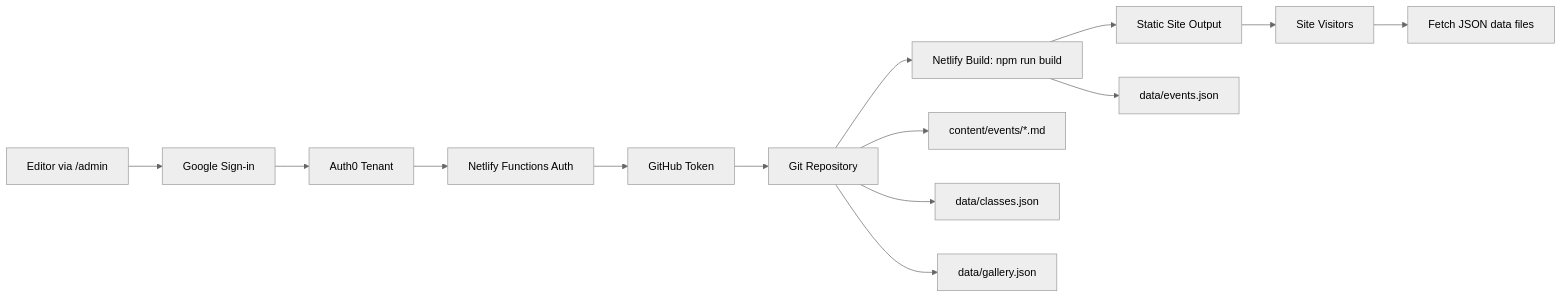
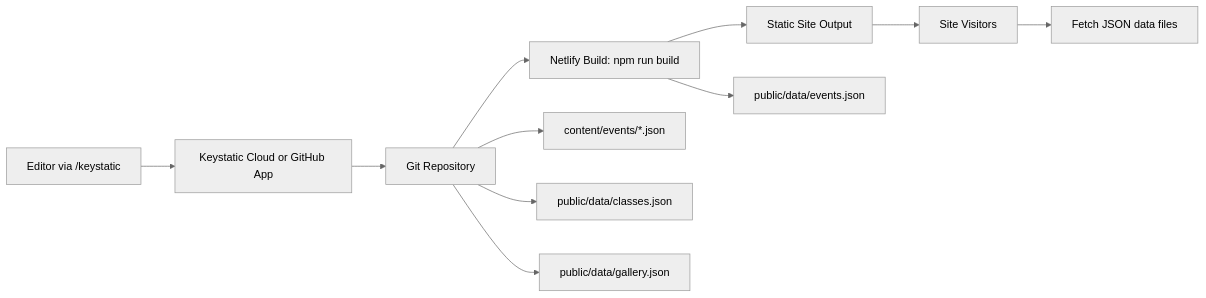
Before and after one commit to seattle-tabla-institute/seattletablainstitutenetlify.org: the diagram in README.md, drawn with Mermaid (neutral theme). The commit also changed other lines of this file and 35 other files, not shown here.

Commit message:
Add Keystatic CMS and migrate content

````diff
--- a/README.md
+++ b/README.md
@@ -19,17 +18,14 @@
 ```mermaid
 flowchart LR
-  Editor[Editor via /admin] --> Google[Google Sign-in]
-  Google --> Auth0[Auth0 Tenant]
-  Auth0 --> Functions[Netlify Functions Auth]
-  Functions --> Token[GitHub Token]
-  Token --> Repo[Git Repository]
+  Editor[Editor via /keystatic] --> Auth[Keystatic Cloud or GitHub App]
+  Auth --> Repo[Git Repository]
   Repo --> Build[Netlify Build: npm run build]
   Build --> Static[Static Site Output]
 
-  Repo --> EventsMD[content/events/*.md]
-  Repo --> ClassesJSON[data/classes.json]
-  Repo --> GalleryJSON[data/gallery.json]
-  Build --> EventsJSON[data/events.json]
+  Repo --> EventsJSONSrc[content/events/*.json]
+  Repo --> ClassesJSON[public/data/classes.json]
+  Repo --> GalleryJSON[public/data/gallery.json]
+  Build --> EventsJSONOut[public/data/events.json]
   Static --> Browser[Site Visitors]
   Browser --> DataFetch[Fetch JSON data files]
 ```
````
